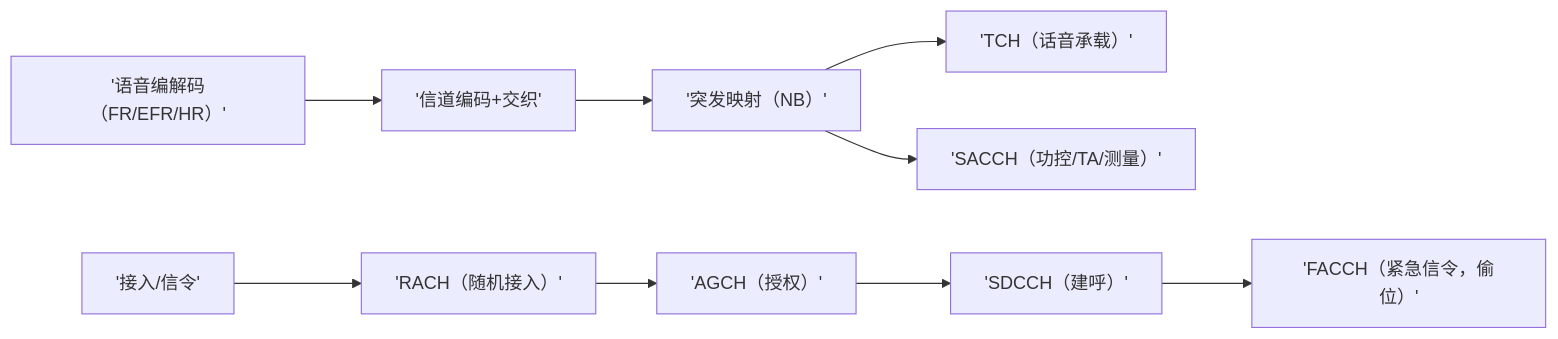
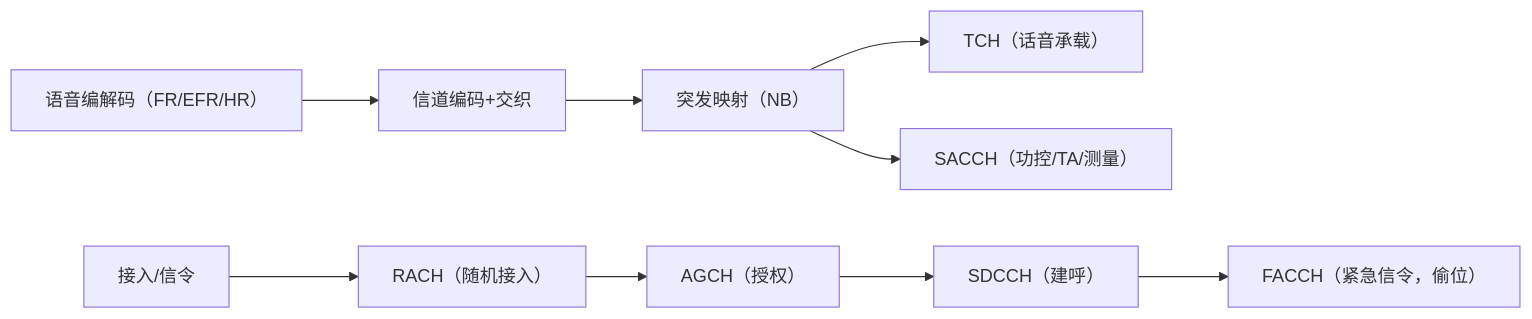
One commit to mzrf/mzrf.github.io changed the third of 4 diagrams in p/3.RF无线技术-蜂窝网-2G.md. Above: the diagram before and after it, drawn with Mermaid. The commit also changed other lines of this file, not shown here.

Commit message:
p/3.RF无线技术-蜂窝网-2G.md updated from https://stackedit.io/

````diff
--- a/p/3.RF无线技术-蜂窝网-2G.md
+++ b/p/3.RF无线技术-蜂窝网-2G.md
@@ -415,7 +415,7 @@
 ```mermaid
 flowchart LR
-  Codec["'语音编解码（FR/EFR/HR）'"] --> ChanEnc["'信道编码+交织'"] --> Burst["'突发映射（NB）'"]
-  Burst --> TCH["'TCH（话音承载）'"]
-  Burst --> SACCH["'SACCH（功控/TA/测量）'"]
-  Ctrl["'接入/信令'"] --> RACH["'RACH（随机接入）'"] --> AGCH["'AGCH（授权）'"] --> SDCCH["'SDCCH（建呼）'"] --> FACCH["'FACCH（紧急信令，偷位）'"]
+  Codec["语音编解码（FR/EFR/HR）"] --> ChanEnc["信道编码+交织"] --> Burst["突发映射（NB）"]
+  Burst --> TCH["TCH（话音承载）"]
+  Burst --> SACCH["SACCH（功控/TA/测量）"]
+  Ctrl["接入/信令"] --> RACH["RACH（随机接入）"] --> AGCH["AGCH（授权）"] --> SDCCH["SDCCH（建呼）"] --> FACCH["FACCH（紧急信令，偷位）"]
 ```
````
